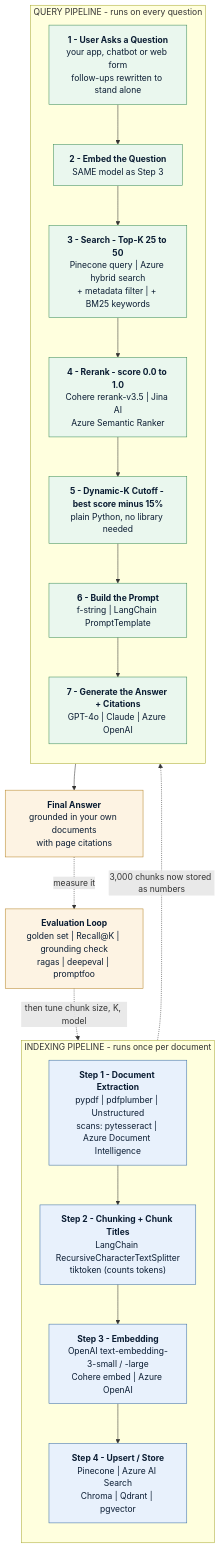
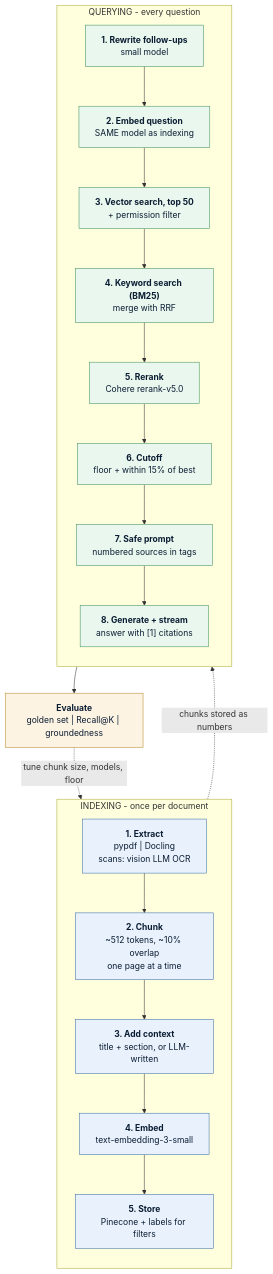
One commit to imran-ahmed377/prep-codex changed the diagram in RAG.md. Above: the diagram before and after it, drawn with Mermaid. The commit also changed other lines of this file and 1 other file, not shown here.

First line of the commit message:
Add Azure-specific implementation for RAG pipeline with detailed setup and querying instructions

````diff
--- a/RAG.md
+++ b/RAG.md
@@ -1298,37 +1321,37 @@
 ```mermaid
 flowchart TD
-    subgraph IDX["INDEXING PIPELINE - runs once per document"]
+    subgraph IDX["INDEXING - once per document"]
         direction TB
-        S1["<b>Step 1 - Document Extraction</b><br/>pypdf | pdfplumber | Unstructured<br/>scans: pytesseract | Azure Document Intelligence"]
-        S2["<b>Step 2 - Chunking + Chunk Titles</b><br/>LangChain RecursiveCharacterTextSplitter<br/>tiktoken (counts tokens)"]
-        S3["<b>Step 3 - Embedding</b><br/>OpenAI text-embedding-3-small / -large<br/>Cohere embed | Azure OpenAI"]
-        S4["<b>Step 4 - Upsert / Store</b><br/>Pinecone | Azure AI Search<br/>Chroma | Qdrant | pgvector"]
-        S1 --> S2 --> S3 --> S4
+        I1["<b>1. Extract</b><br/>pypdf | Docling<br/>scans: vision LLM OCR"]
+        I2["<b>2. Chunk</b><br/>~512 tokens, ~10% overlap<br/>one page at a time"]
+        I3["<b>3. Add context</b><br/>title + section, or LLM-written"]
+        I4["<b>4. Embed</b><br/>text-embedding-3-small"]
+        I5["<b>5. Store</b><br/>Pinecone + labels for filters"]
+        I1 --> I2 --> I3 --> I4 --> I5
     end
 
-    S4 -.->|"3,000 chunks now stored as numbers"| Q1
+    I5 -.->|"chunks stored as numbers"| Q3
 
-    subgraph QRY["QUERY PIPELINE - runs on every question"]
+    subgraph QRY["QUERYING - every question"]
         direction TB
-        Q1["<b>1 - User Asks a Question</b><br/>your app, chatbot or web form<br/>follow-ups rewritten to stand alone"]
-        Q2["<b>2 - Embed the Question</b><br/>SAME model as Step 3"]
-        Q3["<b>3 - Search - Top-K 25 to 50</b><br/>Pinecone query | Azure hybrid search<br/>+ metadata filter | + BM25 keywords"]
-        Q4["<b>4 - Rerank - score 0.0 to 1.0</b><br/>Cohere rerank-v3.5 | Jina AI<br/>Azure Semantic Ranker"]
-        Q5["<b>5 - Dynamic-K Cutoff - best score minus 15%</b><br/>plain Python, no library needed"]
-        Q6["<b>6 - Build the Prompt</b><br/>f-string | LangChain PromptTemplate"]
-        Q7["<b>7 - Generate the Answer + Citations</b><br/>GPT-4o | Claude | Azure OpenAI"]
-        Q1 --> Q2 --> Q3 --> Q4 --> Q5 --> Q6 --> Q7
+        Q1["<b>1. Rewrite follow-ups</b><br/>small model"]
+        Q2["<b>2. Embed question</b><br/>SAME model as indexing"]
+        Q3["<b>3. Vector search, top 50</b><br/>+ permission filter"]
+        Q4["<b>4. Keyword search (BM25)</b><br/>merge with RRF"]
+        Q5["<b>5. Rerank</b><br/>Cohere rerank-v5.0"]
+        Q6["<b>6. Cutoff</b><br/>floor + within 15% of best"]
+        Q7["<b>7. Safe prompt</b><br/>numbered sources in tags"]
+        Q8["<b>8. Generate + stream</b><br/>answer with [1] citations"]
+        Q1 --> Q2 --> Q3 --> Q4 --> Q5 --> Q6 --> Q7 --> Q8
     end
 
-    Q7 --> OUT["<b>Final Answer</b><br/>grounded in your own documents<br/>with page citations"]
-    EV["<b>Evaluation Loop</b><br/>golden set | Recall@K | grounding check<br/>ragas | deepeval | promptfoo"]
-    OUT -.->|"measure it"| EV
-    EV -.->|"then tune chunk size, K, model"| S2
+    Q8 --> EV["<b>Evaluate</b><br/>golden set | Recall@K | groundedness"]
+    EV -.->|"tune chunk size, models, floor"| I2
 
     classDef ingest fill:#e8f1fc,stroke:#3b6ea5,stroke-width:1px,color:#0b1d33
     classDef query  fill:#eaf7ee,stroke:#3f8f5b,stroke-width:1px,color:#0b1d33
-    classDef out    fill:#fdf3e3,stroke:#b8862b,stroke-width:1px,color:#0b1d33
-    class S1,S2,S3,S4 ingest
-    class Q1,Q2,Q3,Q4,Q5,Q6,Q7 query
-    class OUT,EV out
+    classDef eval   fill:#fdf3e3,stroke:#b8862b,stroke-width:1px,color:#0b1d33
+    class I1,I2,I3,I4,I5 ingest
+    class Q1,Q2,Q3,Q4,Q5,Q6,Q7,Q8 query
+    class EV eval
 ```
````
